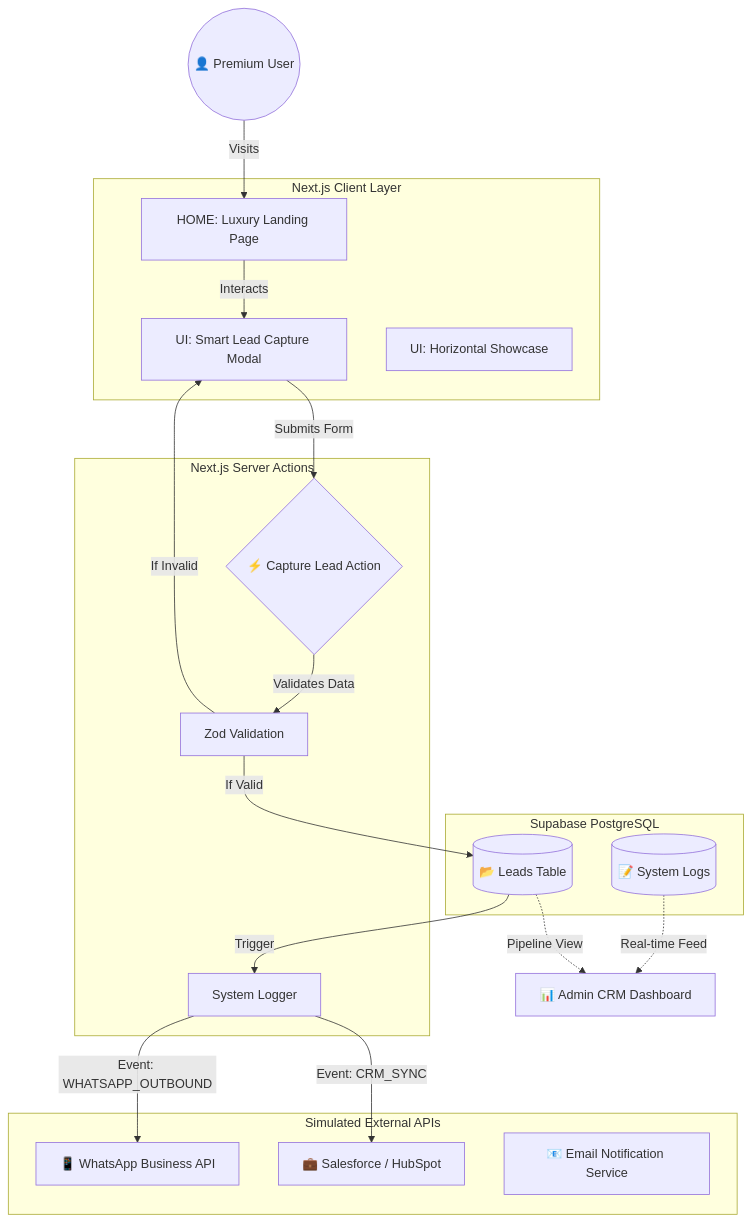
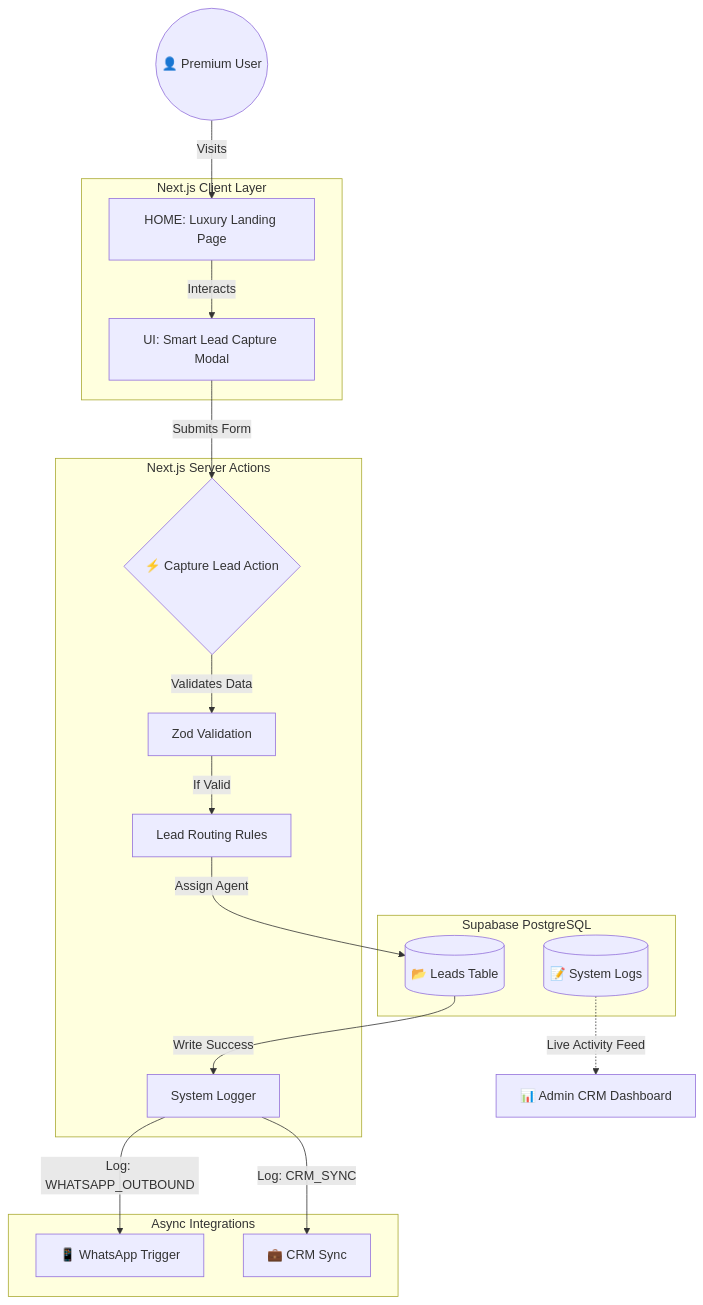
One commit to azkila140/realestate changed the diagram in PROJECT_DOCUMENTATION.md. Above: the diagram before and after it, drawn with Mermaid. The commit also changed other lines of this file, not shown here.

````diff
--- a/PROJECT_DOCUMENTATION.md
+++ b/PROJECT_DOCUMENTATION.md
@@ -19,44 +14,43 @@
 ```mermaid
 graph TD
     User((👤 Premium User))
     
     subgraph Frontend [Next.js Client Layer]
         LandingPage[HOME: Luxury Landing Page]
         LeadModal[UI: Smart Lead Capture Modal]
-        Showcase[UI: Horizontal Showcase]
     end
     
     subgraph Backend [Next.js Server Actions]
         CaptureAction{⚡ Capture Lead Action}
         WhyValidate[Zod Validation]
+        RoutingLogic[Lead Routing Rules]
         LogSystem[System Logger]
     end
     
     subgraph Database [Supabase PostgreSQL]
         LeadsTable[(📂 Leads Table)]
         LogsTable[(📝 System Logs)]
     end
     
-    subgraph Integrations [Simulated External APIs]
-        WhatsApp[📱 WhatsApp Business API]
-        CRM[💼 Salesforce / HubSpot]
-        Email[📧 Email Notification Service]
+    subgraph Automated Jobs [Async Integrations]
+        WhatsApp[📱 WhatsApp Trigger]
+        CRM[💼 CRM Sync]
     end
 
     %% Flow
     User -->|Visits| LandingPage
     LandingPage -->|Interacts| LeadModal
     LeadModal -->|Submits Form| CaptureAction
     
     CaptureAction -->|Validates Data| WhyValidate
-    WhyValidate -->|If Valid| LeadsTable
-    WhyValidate -->|If Invalid| LeadModal
+    WhyValidate -->|If Valid| RoutingLogic
     
-    LeadsTable -->|Trigger| LogSystem
-    LogSystem -->|Event: WHATSAPP_OUTBOUND| WhatsApp
-    LogSystem -->|Event: CRM_SYNC| CRM
+    RoutingLogic -->|Assign Agent| LeadsTable
+    LeadsTable -->|Write Success| LogSystem
+    
+    LogSystem -->|Log: WHATSAPP_OUTBOUND| WhatsApp
+    LogSystem -->|Log: CRM_SYNC| CRM
     
     %% Admin Feedback Loop
-    LogsTable -.->|Real-time Feed| AdminDashboard[📊 Admin CRM Dashboard]
-    LeadsTable -.->|Pipeline View| AdminDashboard
+    LogsTable -.->|Live Activity Feed| AdminDashboard[📊 Admin CRM Dashboard]
 ```
````
